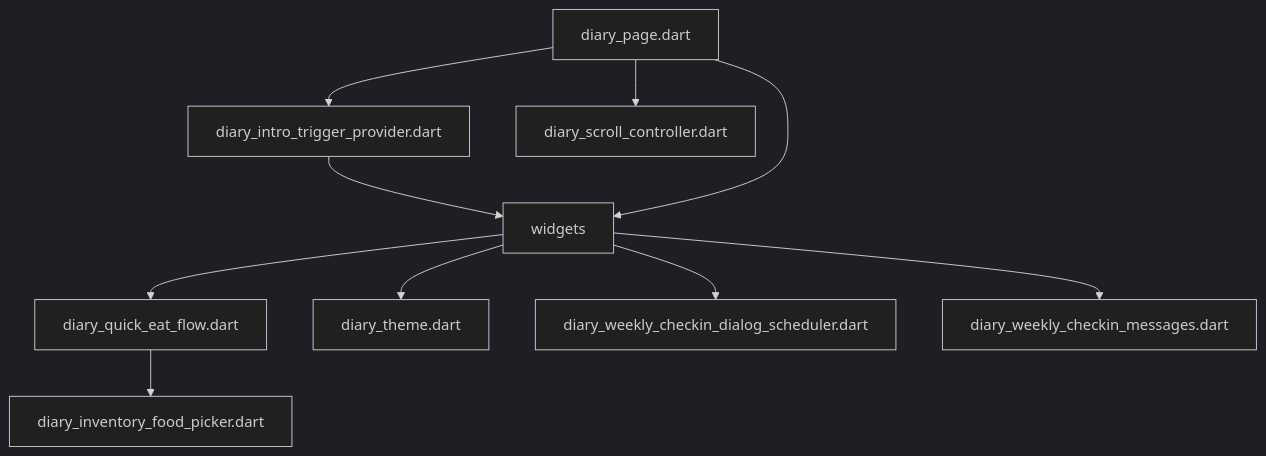
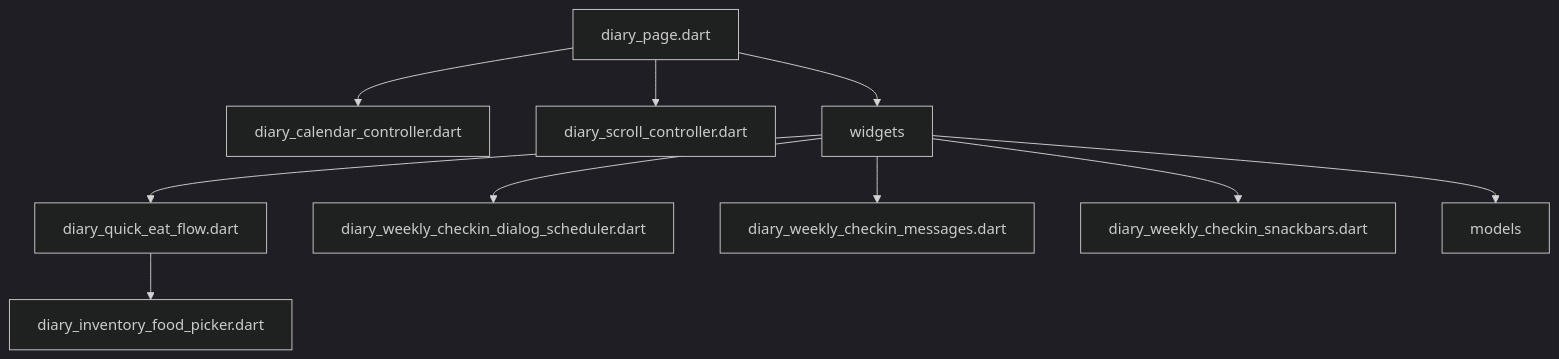
The diagram in lib/features/diary/presentation/DEPS.md (repinw/yamt), drawn with Mermaid (dark theme) before and after one commit. The commit also changed 255 other files, not shown here.

````diff
--- a/lib/features/diary/presentation/DEPS.md
+++ b/lib/features/diary/presentation/DEPS.md
@@ -6,12 +6,12 @@
 ```mermaid
 flowchart TD;
-diary_intro_trigger_provider.dart-->widgets;
-diary_page.dart-->diary_intro_trigger_provider.dart;
+diary_page.dart-->diary_calendar_controller.dart;
 diary_page.dart-->diary_scroll_controller.dart;
 diary_page.dart-->widgets;
 diary_quick_eat_flow.dart-->diary_inventory_food_picker.dart;
 widgets-->diary_quick_eat_flow.dart;
-widgets-->diary_theme.dart;
 widgets-->diary_weekly_checkin_dialog_scheduler.dart;
 widgets-->diary_weekly_checkin_messages.dart;
+widgets-->diary_weekly_checkin_snackbars.dart;
+widgets-->models;
 ```
````
